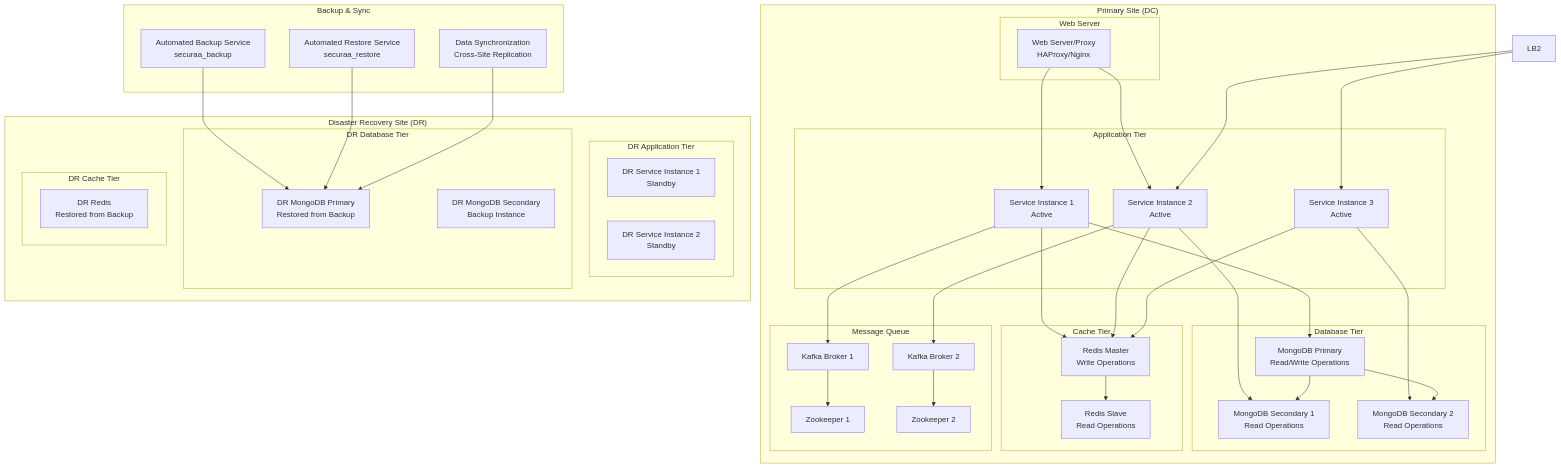
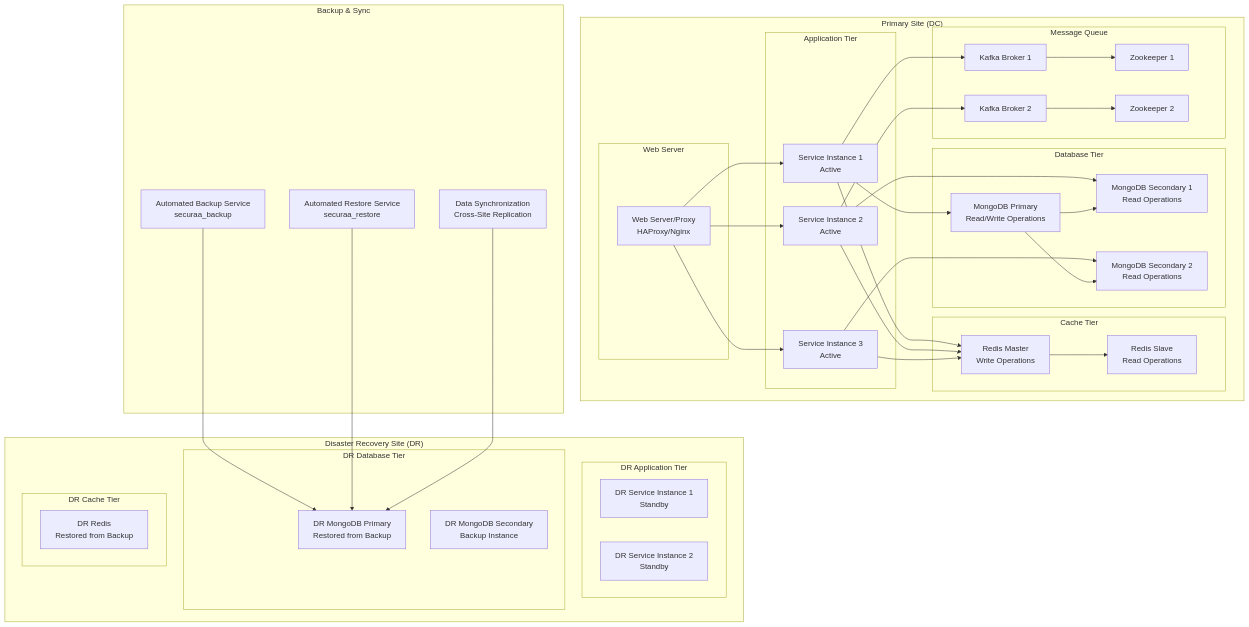
Before and after one commit to Vishwa0220/customers-docs: the first of 5 diagrams in HA_DR_Architecture_Documentation.md, drawn with Mermaid.

Commit message:
Update primary site connections in documentation

```diff
--- a/HA_DR_Architecture_Documentation.md
+++ b/HA_DR_Architecture_Documentation.md
@@ -89,8 +89,7 @@
     %% Primary Site Connections
     LB1 --> APP1
     LB1 --> APP2
-    LB2 --> APP2
-    LB2 --> APP3
+    LB1 --> APP3
     
     APP1 --> MONGO_P
     APP2 --> MONGO_S1
```
